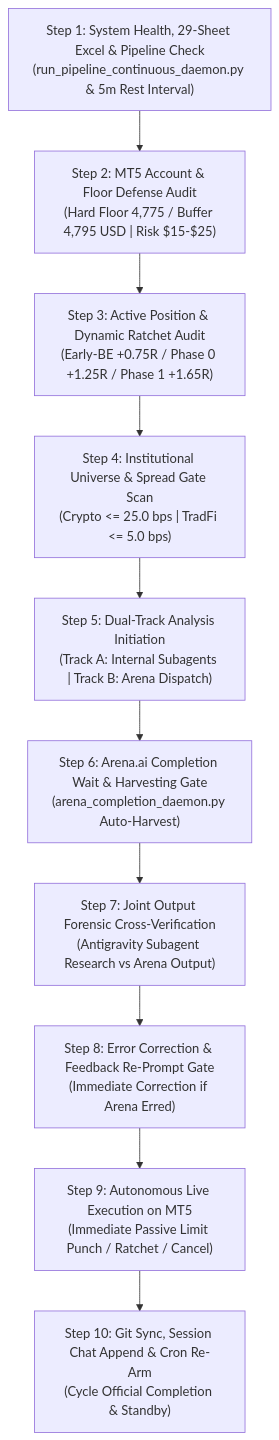
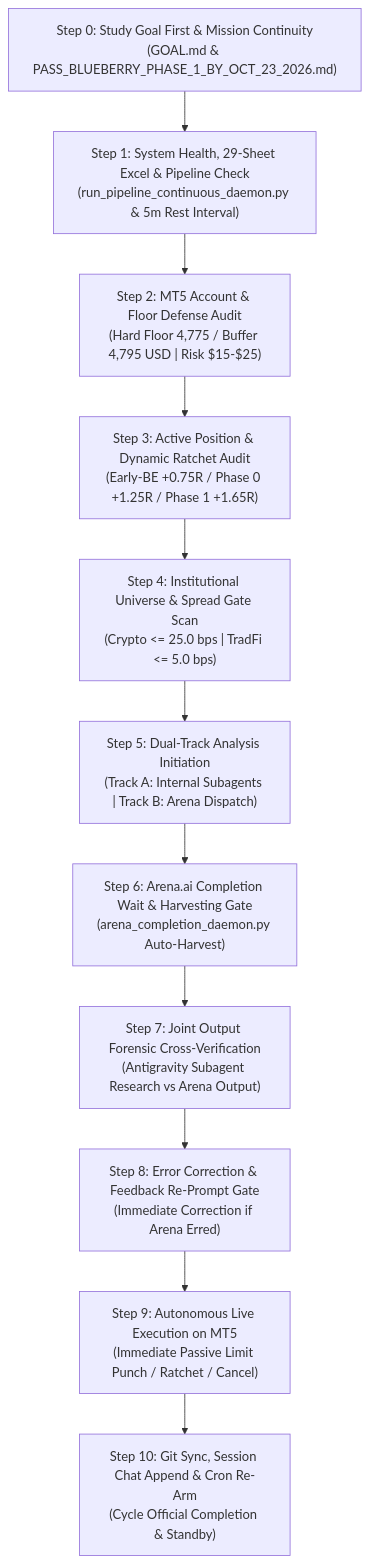
One commit to kbsingh1399/Trading_2 changed the diagram in Data/Manditory/AUTONOMOUS_WAKEUP_CHECKLIST.md. Above: the diagram before and after it, drawn with Mermaid. The commit also changed other lines of this file, not shown here.

Commit message:
docs: add Step 0 Study Goal First to autonomous wake-up checklist

````diff
--- a/Data/Manditory/AUTONOMOUS_WAKEUP_CHECKLIST.md
+++ b/Data/Manditory/AUTONOMOUS_WAKEUP_CHECKLIST.md
@@ -18,12 +18,12 @@
 ```mermaid
 flowchart TD
-    S1["Step 1: System Health, 29-Sheet Excel & Pipeline Check<br/>(run_pipeline_continuous_daemon.py & 5m Rest Interval)"] --> S2["Step 2: MT5 Account & Floor Defense Audit<br/>(Hard Floor 4,775 / Buffer 4,795 USD | Risk $15-$25)"]
+    S0["Step 0: Study Goal First & Mission Continuity<br/>(GOAL.md & PASS_BLUEBERRY_PHASE_1_BY_OCT_23_2026.md)"] --> S1["Step 1: System Health, 29-Sheet Excel & Pipeline Check<br/>(run_pipeline_continuous_daemon.py & 5m Rest Interval)"] --> S2["Step 2: MT5 Account & Floor Defense Audit<br/>(Hard Floor 4,775 / Buffer 4,795 USD | Risk $15-$25)"]
     S2 --> S3["Step 3: Active Position & Dynamic Ratchet Audit<br/>(Early-BE +0.75R / Phase 0 +1.25R / Phase 1 +1.65R)"]
     S3 --> S4["Step 4: Institutional Universe & Spread Gate Scan<br/>(Crypto <= 25.0 bps | TradFi <= 5.0 bps)"]
     S4 --> S5["Step 5: Dual-Track Analysis Initiation<br/>(Track A: Internal Subagents | Track B: Arena Dispatch)"]
     S5 --> S6["Step 6: Arena.ai Completion Wait & Harvesting Gate<br/>(arena_completion_daemon.py Auto-Harvest)"]
     S6 --> S7["Step 7: Joint Output Forensic Cross-Verification<br/>(Antigravity Subagent Research vs Arena Output)"]
     S7 --> S8["Step 8: Error Correction & Feedback Re-Prompt Gate<br/>(Immediate Correction if Arena Erred)"]
     S8 --> S9["Step 9: Autonomous Live Execution on MT5<br/>(Immediate Passive Limit Punch / Ratchet / Cancel)"]
     S9 --> S10["Step 10: Git Sync, Session Chat Append & Cron Re-Arm<br/>(Cycle Official Completion & Standby)"]
 ```
````
